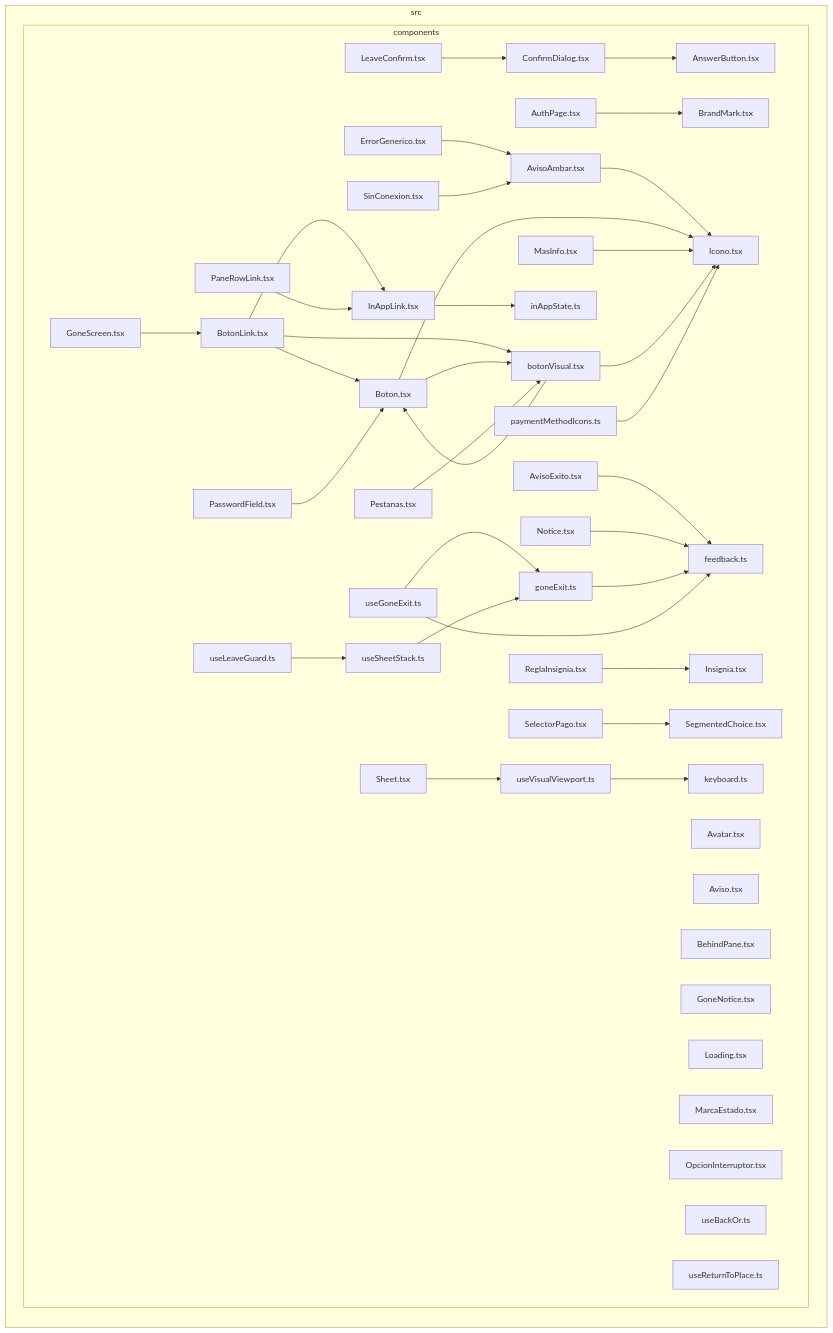
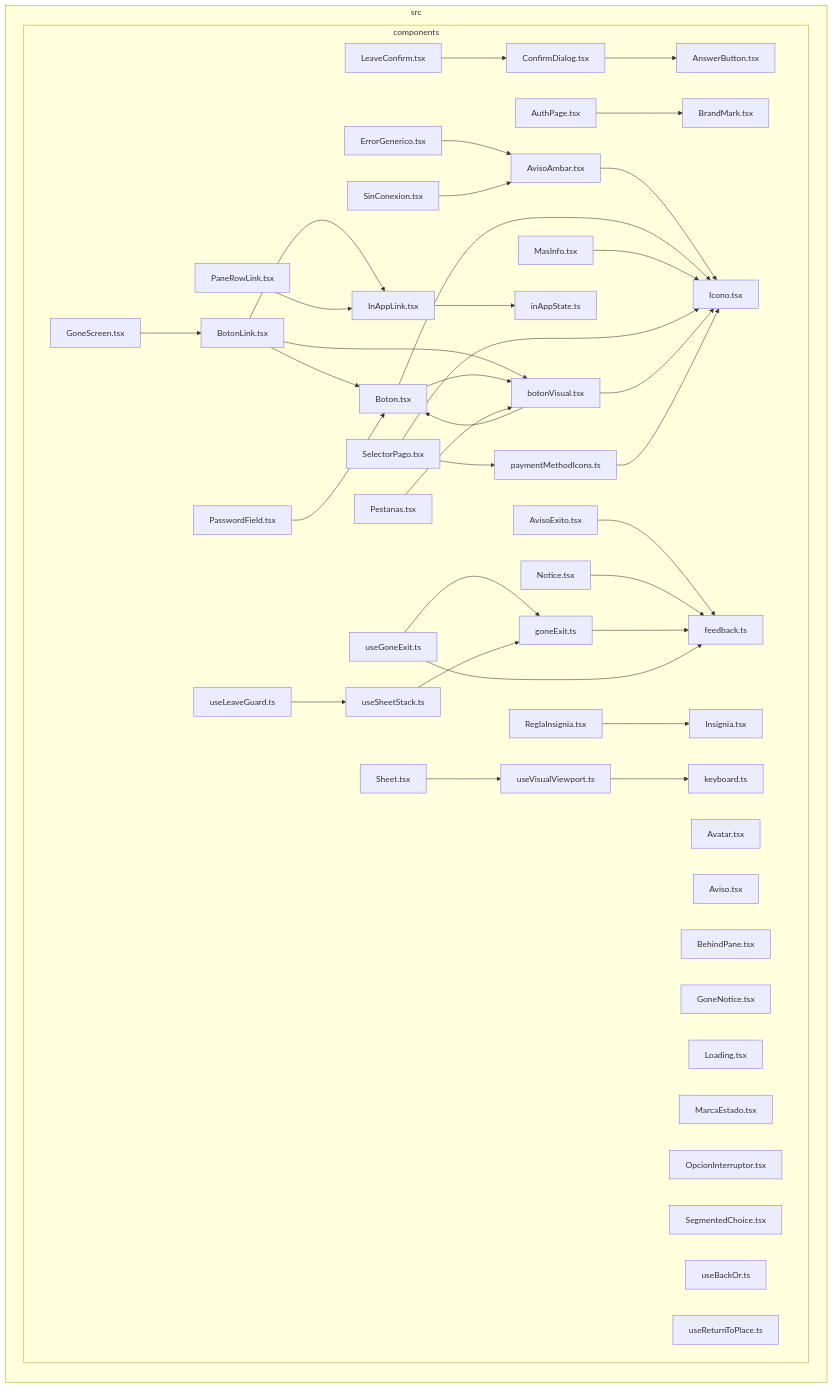
Before and after one commit to GonzaloZevallos/apostrophe: the diagram in docs/architecture/generated/front-modules/components.md, drawn with Mermaid. The commit also changed 9 other files, not shown here.

Commit message:
Docs: regenerate the API and architecture pages; tests for import, contract shapes and payments on method ids

````diff
--- a/docs/architecture/generated/front-modules/components.md
+++ b/docs/architecture/generated/front-modules/components.md
@@ -7,81 +7,82 @@
 ```mermaid
 flowchart LR
 subgraph src["src"]
   subgraph src_components["components"]
     src_components_AnswerButton_tsx["AnswerButton.tsx"]
     src_components_AuthPage_tsx["AuthPage.tsx"]
     src_components_Avatar_tsx["Avatar.tsx"]
     src_components_AvisoAmbar_tsx["AvisoAmbar.tsx"]
     src_components_AvisoExito_tsx["AvisoExito.tsx"]
     src_components_Aviso_tsx["Aviso.tsx"]
     src_components_BehindPane_tsx["BehindPane.tsx"]
     src_components_BotonLink_tsx["BotonLink.tsx"]
     src_components_Boton_tsx["Boton.tsx"]
     src_components_BrandMark_tsx["BrandMark.tsx"]
     src_components_ConfirmDialog_tsx["ConfirmDialog.tsx"]
     src_components_ErrorGenerico_tsx["ErrorGenerico.tsx"]
     src_components_GoneNotice_tsx["GoneNotice.tsx"]
     src_components_GoneScreen_tsx["GoneScreen.tsx"]
     src_components_Icono_tsx["Icono.tsx"]
     src_components_InAppLink_tsx["InAppLink.tsx"]
     src_components_Insignia_tsx["Insignia.tsx"]
     src_components_LeaveConfirm_tsx["LeaveConfirm.tsx"]
     src_components_Loading_tsx["Loading.tsx"]
     src_components_MarcaEstado_tsx["MarcaEstado.tsx"]
     src_components_MasInfo_tsx["MasInfo.tsx"]
     src_components_Notice_tsx["Notice.tsx"]
     src_components_OpcionInterruptor_tsx["OpcionInterruptor.tsx"]
     src_components_PaneRowLink_tsx["PaneRowLink.tsx"]
     src_components_PasswordField_tsx["PasswordField.tsx"]
     src_components_Pestanas_tsx["Pestanas.tsx"]
     src_components_ReglaInsignia_tsx["ReglaInsignia.tsx"]
     src_components_SegmentedChoice_tsx["SegmentedChoice.tsx"]
     src_components_SelectorPago_tsx["SelectorPago.tsx"]
     src_components_Sheet_tsx["Sheet.tsx"]
     src_components_SinConexion_tsx["SinConexion.tsx"]
     src_components_botonVisual_tsx["botonVisual.tsx"]
     src_components_feedback_ts["feedback.ts"]
     src_components_goneExit_ts["goneExit.ts"]
     src_components_inAppState_ts["inAppState.ts"]
     src_components_keyboard_ts["keyboard.ts"]
     src_components_paymentMethodIcons_ts["paymentMethodIcons.ts"]
     src_components_useBackOr_ts["useBackOr.ts"]
     src_components_useGoneExit_ts["useGoneExit.ts"]
     src_components_useLeaveGuard_ts["useLeaveGuard.ts"]
     src_components_useReturnToPlace_ts["useReturnToPlace.ts"]
     src_components_useSheetStack_ts["useSheetStack.ts"]
     src_components_useVisualViewport_ts["useVisualViewport.ts"]
   end
 end
 src_components_AuthPage_tsx-->src_components_BrandMark_tsx
 src_components_AvisoAmbar_tsx-->src_components_Icono_tsx
 src_components_AvisoExito_tsx-->src_components_feedback_ts
 src_components_BotonLink_tsx-->src_components_Boton_tsx
 src_components_BotonLink_tsx-->src_components_InAppLink_tsx
 src_components_BotonLink_tsx-->src_components_botonVisual_tsx
 src_components_Boton_tsx-->src_components_Icono_tsx
 src_components_Boton_tsx-->src_components_botonVisual_tsx
 src_components_ConfirmDialog_tsx-->src_components_AnswerButton_tsx
 src_components_ErrorGenerico_tsx-->src_components_AvisoAmbar_tsx
 src_components_GoneScreen_tsx-->src_components_BotonLink_tsx
 src_components_InAppLink_tsx-->src_components_inAppState_ts
 src_components_LeaveConfirm_tsx-->src_components_ConfirmDialog_tsx
 src_components_MasInfo_tsx-->src_components_Icono_tsx
 src_components_Notice_tsx-->src_components_feedback_ts
 src_components_PaneRowLink_tsx-->src_components_InAppLink_tsx
 src_components_PasswordField_tsx-->src_components_Boton_tsx
 src_components_Pestanas_tsx-->src_components_botonVisual_tsx
 src_components_ReglaInsignia_tsx-->src_components_Insignia_tsx
-src_components_SelectorPago_tsx-->src_components_SegmentedChoice_tsx
+src_components_SelectorPago_tsx-->src_components_Icono_tsx
+src_components_SelectorPago_tsx-->src_components_paymentMethodIcons_ts
 src_components_Sheet_tsx-->src_components_useVisualViewport_ts
 src_components_SinConexion_tsx-->src_components_AvisoAmbar_tsx
 src_components_botonVisual_tsx-->src_components_Boton_tsx
 src_components_botonVisual_tsx-->src_components_Icono_tsx
 src_components_goneExit_ts-->src_components_feedback_ts
 src_components_paymentMethodIcons_ts-->src_components_Icono_tsx
 src_components_useGoneExit_ts-->src_components_feedback_ts
 src_components_useGoneExit_ts-->src_components_goneExit_ts
 src_components_useLeaveGuard_ts-->src_components_useSheetStack_ts
 src_components_useSheetStack_ts-->src_components_goneExit_ts
 src_components_useVisualViewport_ts-->src_components_keyboard_ts
 ```
````
